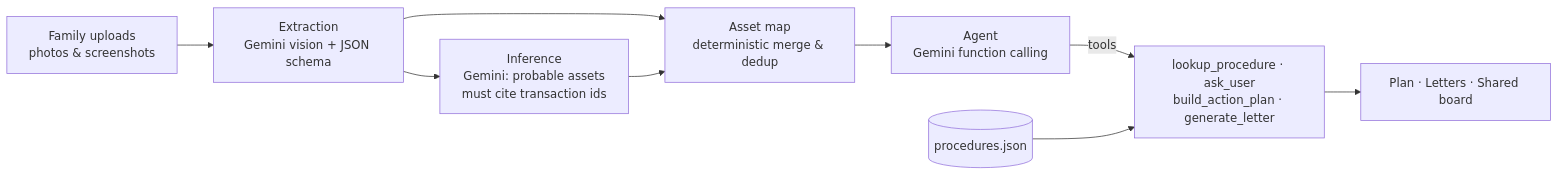
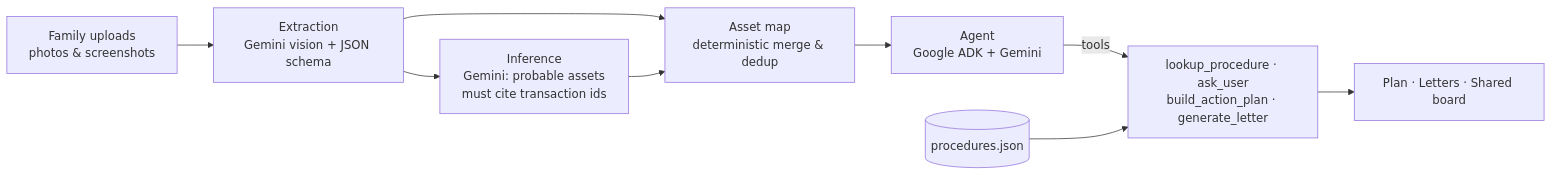
Before and after one commit to surbhi02jain/afterlife: the diagram in README.md, drawn with Mermaid. The commit also changed other lines of this file and 5 other files, not shown here.

First line of the commit message:
Run the Saath agent on Google ADK (Agent Development Kit)

````diff
--- a/README.md
+++ b/README.md
@@ -41,11 +41,11 @@
 ```mermaid
 flowchart LR
     U[Family uploads<br/>photos & screenshots] --> X[Extraction<br/>Gemini vision + JSON schema]
     X --> M[Asset map<br/>deterministic merge & dedup]
     X --> I[Inference<br/>Gemini: probable assets<br/>must cite transaction ids]
     I --> M
-    M --> A[Agent<br/>Gemini function calling]
+    M --> A[Agent<br/>Google ADK + Gemini]
     A -->|tools| T[lookup_procedure · ask_user<br/>build_action_plan · generate_letter]
     KB[(procedures.json)] --> T
     T --> P[Plan · Letters · Shared board]
 ```
````
